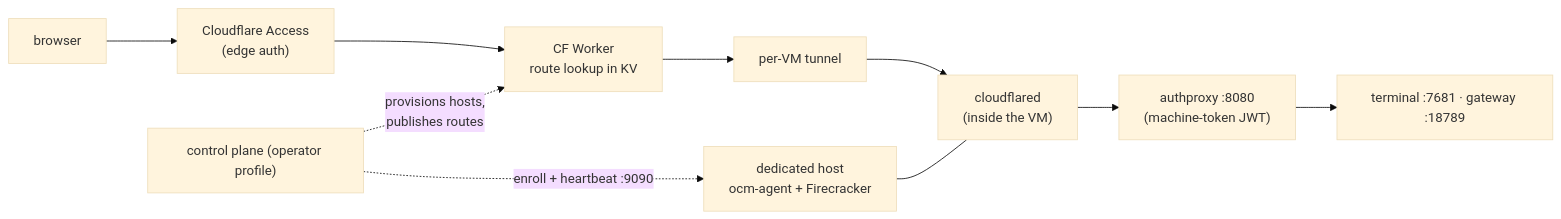
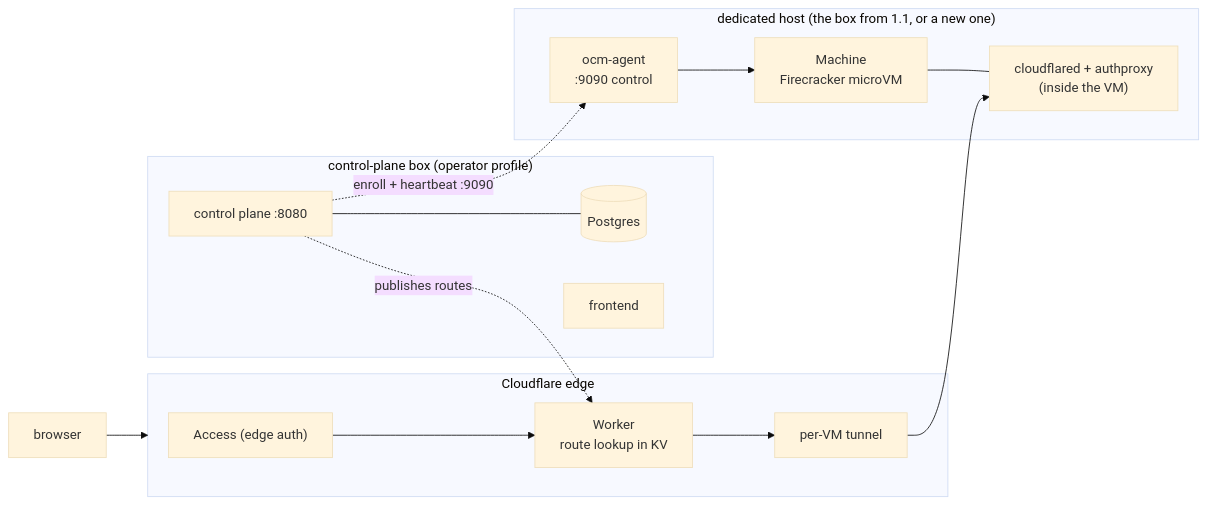
One commit to mathaix/OpenClawMachines changed the third of 4 diagrams in docs/getting-started.md. Above: the diagram before and after it, drawn with Mermaid (base theme). The commit also changed other lines of this file, not shown here.

First line of the commit message:
docs: per-stage architecture diagrams that show the same stack growing

````diff
--- a/docs/getting-started.md
+++ b/docs/getting-started.md
@@ -149,12 +158,20 @@
 ```mermaid
 flowchart LR
-    B["browser"] --> CFA["Cloudflare Access<br/>(edge auth)"]
-    CFA --> W["CF Worker<br/>route lookup in KV"]
-    W --> T["per-VM tunnel"]
-    T --> CFD["cloudflared<br/>(inside the VM)"]
-    CFD --> AP["authproxy :8080<br/>(machine-token JWT)"]
-    AP --> S["terminal :7681 · gateway :18789"]
-    CP["control plane (operator profile)"] -.->|provisions hosts,<br/>publishes routes| W
-    CP -.->|enroll + heartbeat :9090| H["dedicated host<br/>ocm-agent + Firecracker"]
-    H --- CFD
+    B["browser"] --> EDGE
+    subgraph EDGE["Cloudflare edge"]
+        CFA["Access (edge auth)"] --> W["Worker<br/>route lookup in KV"]
+        W --> T["per-VM tunnel"]
+    end
+    subgraph CPB["control-plane box (operator profile)"]
+        CP["control plane :8080"] --- DB[("Postgres")]
+        FE["frontend"]
+    end
+    subgraph HOST["dedicated host (the box from 1.1, or a new one)"]
+        AG["ocm-agent<br/>:9090 control"]
+        AG --> VM["Machine<br/>Firecracker microVM"]
+        VM --- CFD["cloudflared + authproxy<br/>(inside the VM)"]
+    end
+    T --> CFD
+    CP -.->|publishes routes| W
+    CP -.->|enroll + heartbeat :9090| AG
 ```
````
